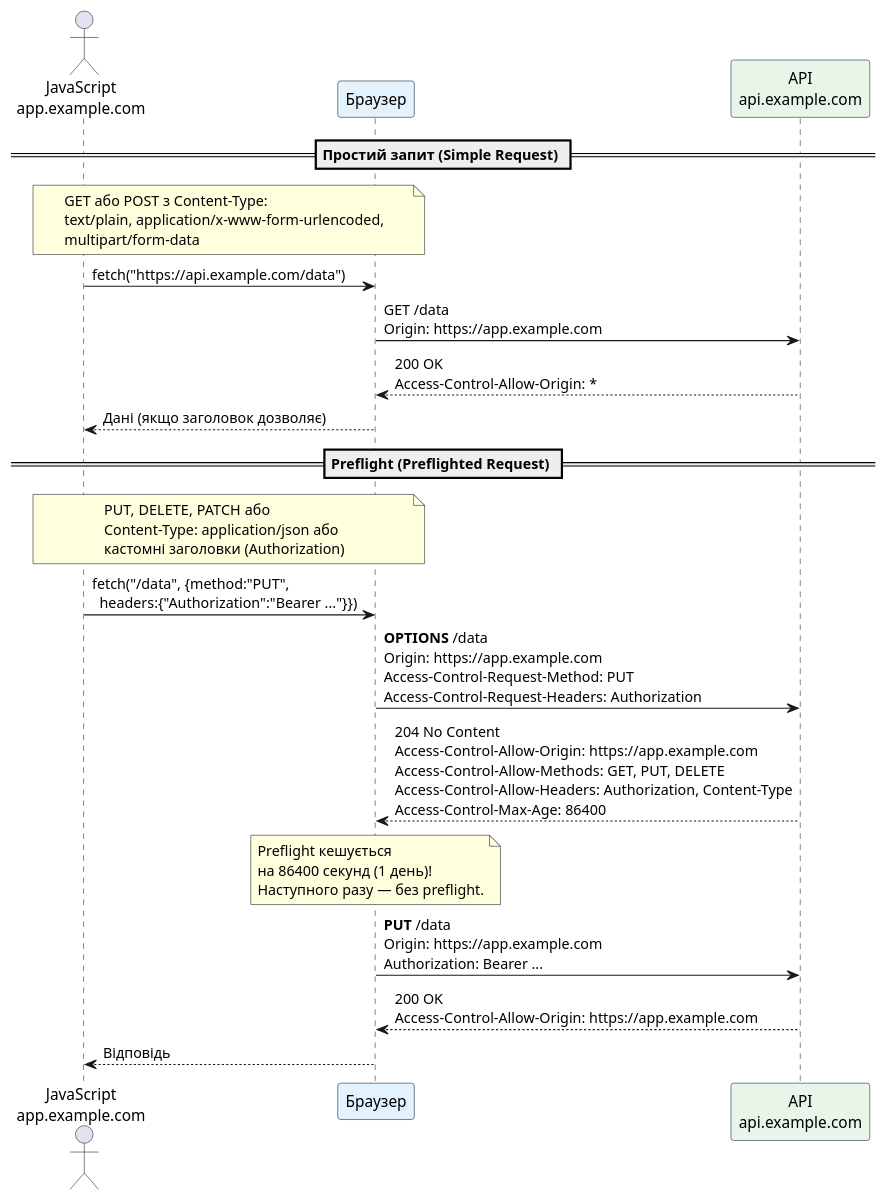
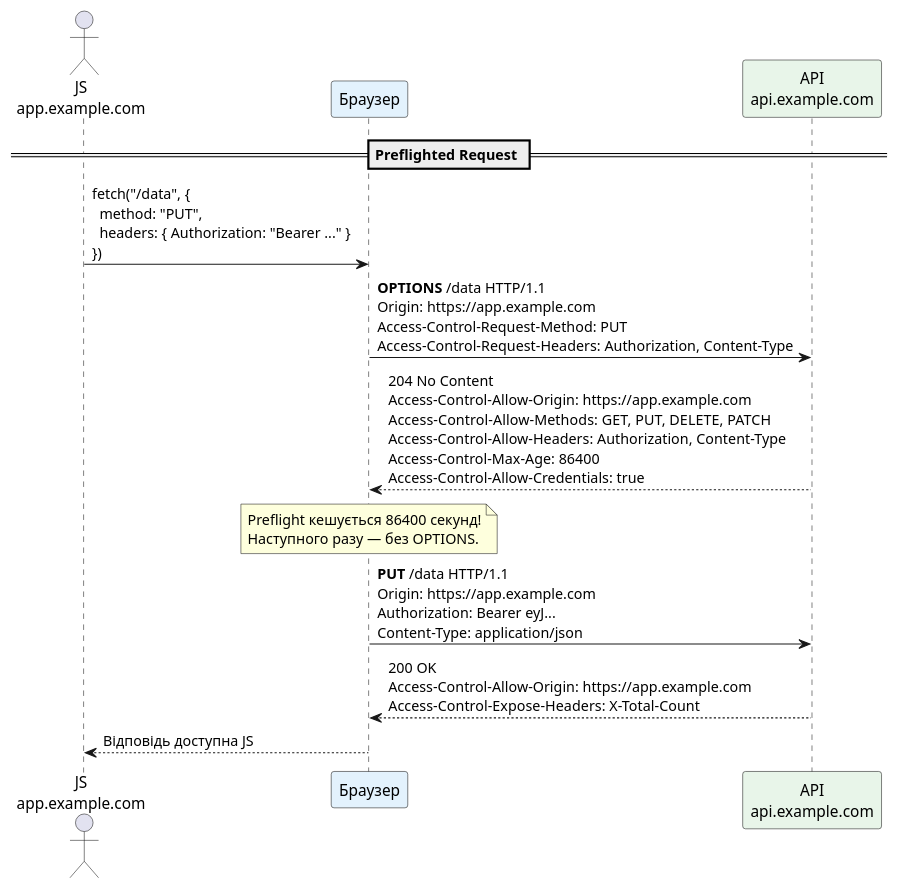
Before and after one commit to UTUBMIR/kostyl.dev: diagram 16 of 18 in content/01.csharp/13.network-programming/08.http-advanced.md, drawn with PlantUML. The commit also changed other lines of this file and 2 other files, not shown here.

````diff
--- a/content/01.csharp/13.network-programming/08.http-advanced.md
+++ b/content/01.csharp/13.network-programming/08.http-advanced.md
@@ -950,45 +1805,29 @@
 ```plantuml
 @startuml
 skinparam style plain
 skinparam backgroundColor #ffffff
 
-actor "JavaScript\napp.example.com" as js
+actor "JS\napp.example.com" as js
 participant "Браузер" as browser #e3f2fd
 participant "API\napi.example.com" as api #e8f5e9
 
-== Простий запит (Simple Request) ==
-note over js, browser
-  GET або POST з Content-Type:
-  text/plain, application/x-www-form-urlencoded,
-  multipart/form-data
+== Preflighted Request ==
+js -> browser : fetch("/data", {\n  method: "PUT",\n  headers: { Authorization: "Bearer ..." }\n})
+
+browser -> api : **OPTIONS** /data HTTP/1.1\nOrigin: https://app.example.com\nAccess-Control-Request-Method: PUT\nAccess-Control-Request-Headers: Authorization, Content-Type
+
+api --> browser : 204 No Content\nAccess-Control-Allow-Origin: https://app.example.com\nAccess-Control-Allow-Methods: GET, PUT, DELETE, PATCH\nAccess-Control-Allow-Headers: Authorization, Content-Type\nAccess-Control-Max-Age: 86400\nAccess-Control-Allow-Credentials: true
+
+note over browser
+  Preflight кешується 86400 секунд!
+  Наступного разу — без OPTIONS.
 end note
 
-js -> browser : fetch("https://api.example.com/data")
-browser -> api : GET /data\nOrigin: https://app.example.com
-api --> browser : 200 OK\nAccess-Control-Allow-Origin: *
-browser --> js : Дані (якщо заголовок дозволяє)
+browser -> api : **PUT** /data HTTP/1.1\nOrigin: https://app.example.com\nAuthorization: Bearer eyJ...\nContent-Type: application/json
 
-== Preflight (Preflighted Request) ==
-note over js, browser
-  PUT, DELETE, PATCH або
-  Content-Type: application/json або
-  кастомні заголовки (Authorization)
-end note
+api --> browser : 200 OK\nAccess-Control-Allow-Origin: https://app.example.com\nAccess-Control-Expose-Headers: X-Total-Count
 
-js -> browser : fetch("/data", {method:"PUT",\n  headers:{"Authorization":"Bearer ..."}})
-browser -> api : **OPTIONS** /data\nOrigin: https://app.example.com\nAccess-Control-Request-Method: PUT\nAccess-Control-Request-Headers: Authorization
-
-api --> browser : 204 No Content\nAccess-Control-Allow-Origin: https://app.example.com\nAccess-Control-Allow-Methods: GET, PUT, DELETE\nAccess-Control-Allow-Headers: Authorization, Content-Type\nAccess-Control-Max-Age: 86400
-
-note over browser
-  Preflight кешується
-  на 86400 секунд (1 день)!
-  Наступного разу — без preflight.
-end note
-
-browser -> api : **PUT** /data\nOrigin: https://app.example.com\nAuthorization: Bearer ...
-api --> browser : 200 OK\nAccess-Control-Allow-Origin: https://app.example.com
-browser --> js : Відповідь
+browser --> js : Відповідь доступна JS
 
 @enduml
 ```
````
